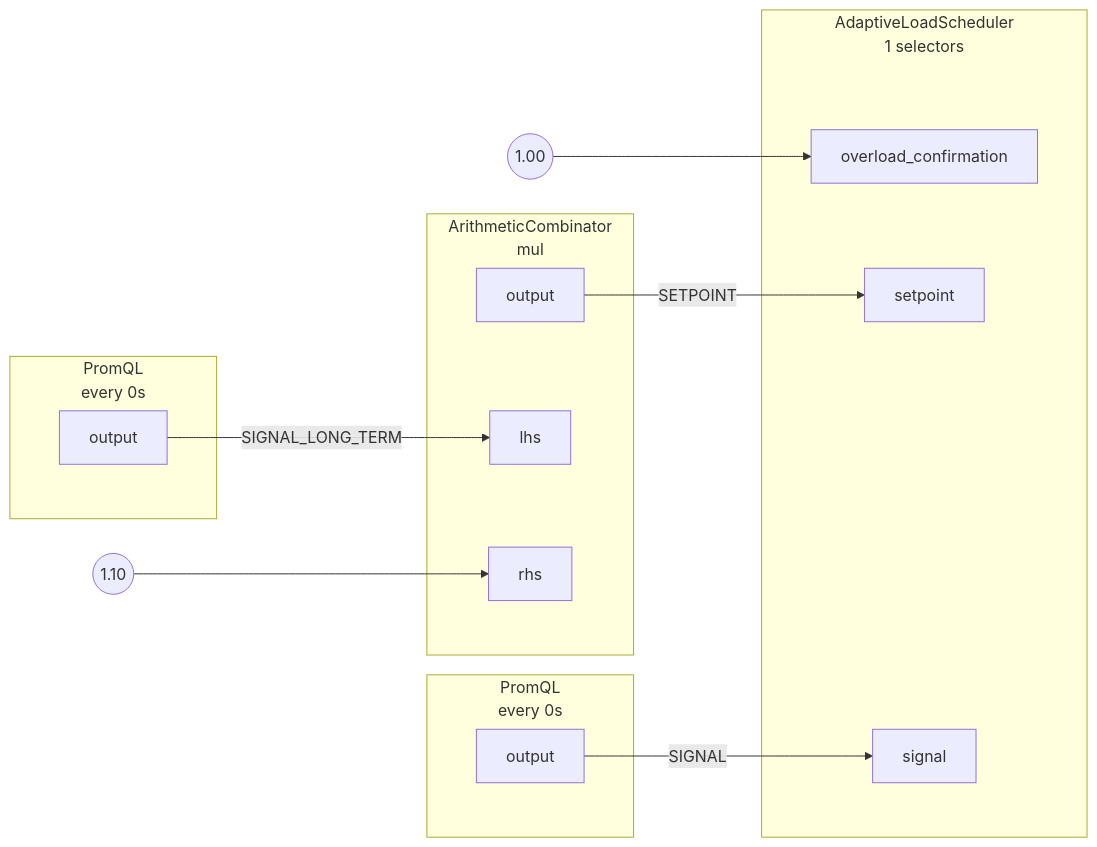
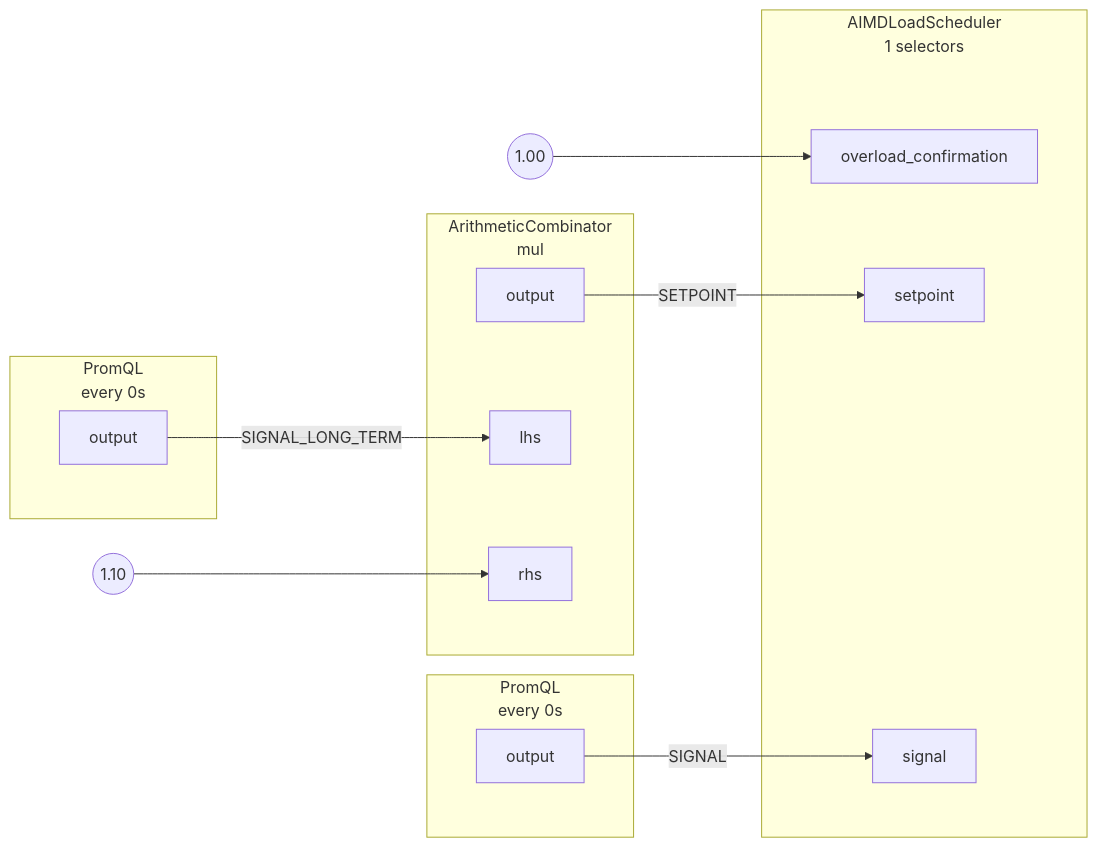
The diagram in docs/content/use-cases/adaptive-service-protection/assets/average-latency-feedback/graph.mmd (dataongunlaws/aperture), drawn with Mermaid before and after one commit. The commit also changed 143 other files, not shown here.

First line of the commit message:
Range throttling strategy for Adaptive Load Scheduler (#2603)

```diff
--- a/docs/content/use-cases/adaptive-service-protection/assets/average-latency-feedback/graph.mmd
+++ b/docs/content/use-cases/adaptive-service-protection/assets/average-latency-feedback/graph.mmd
@@ -1,42 +1,42 @@
 flowchart LR
-subgraph root.0[<center>AdaptiveLoadScheduler<br/>1 selectors</center>]
+subgraph root.0[<center>AIMDLoadScheduler<br/>1 selectors</center>]
 subgraph root.0_inports[ ]
 style root.0_inports fill:none,stroke:none
 root.0overload_confirmation[overload_confirmation]
 root.0setpoint[setpoint]
 root.0signal[signal]
 end
 subgraph root.0_outports[ ]
 style root.0_outports fill:none,stroke:none
 end
 end
 root.0_overload_confirmation_FakeConstantout((1.00))
 subgraph root.1[<center>PromQL<br/>every 0s</center>]
 subgraph root.1_outports[ ]
 style root.1_outports fill:none,stroke:none
 root.1output[output]
 end
 end
 subgraph root.2[<center>PromQL<br/>every 0s</center>]
 subgraph root.2_outports[ ]
 style root.2_outports fill:none,stroke:none
 root.2output[output]
 end
 end
 subgraph root.3[<center>ArithmeticCombinator<br/>mul</center>]
 subgraph root.3_inports[ ]
 style root.3_inports fill:none,stroke:none
 root.3lhs[lhs]
 root.3rhs[rhs]
 end
 subgraph root.3_outports[ ]
 style root.3_outports fill:none,stroke:none
 root.3output[output]
 end
 end
 root.3_rhs_FakeConstantout((1.10))
 root.0_overload_confirmation_FakeConstantout --> root.0overload_confirmation
 root.1output --> |SIGNAL| root.0signal
 root.2output --> |SIGNAL_LONG_TERM| root.3lhs
 root.3output --> |SETPOINT| root.0setpoint
 root.3_rhs_FakeConstantout --> root.3rhs
```
